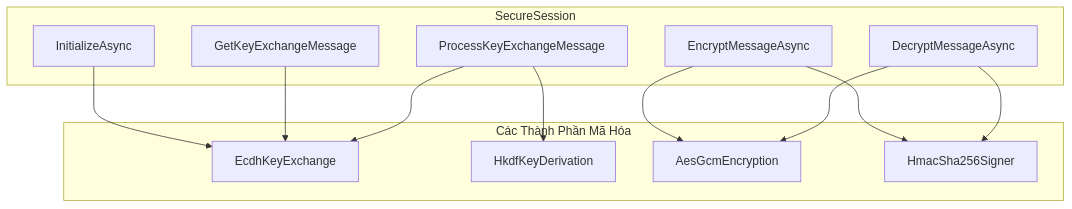
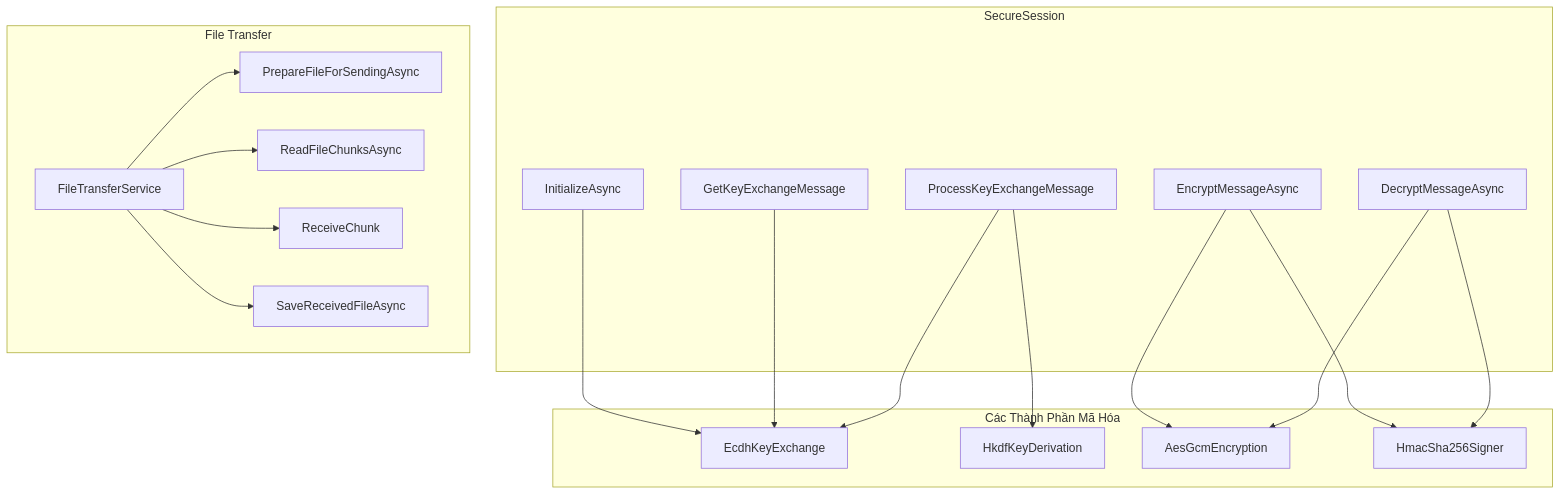
The fifth of 9 diagrams in docs/SECURITY_FLOW.md (QuocVinhTrinhLam/SecureChat-System), drawn with Mermaid before and after one commit. The commit also changed other lines of this file and 2 other files, not shown here.

````diff
--- a/docs/SECURITY_FLOW.md
+++ b/docs/SECURITY_FLOW.md
@@ -85,26 +224,39 @@
 ```mermaid
 flowchart TB
     subgraph SecureSession
         Init[InitializeAsync]
         KE[GetKeyExchangeMessage]
         PKE[ProcessKeyExchangeMessage]
         Enc[EncryptMessageAsync]
         Dec[DecryptMessageAsync]
     end
     
     subgraph Components[Các Thành Phần Mã Hóa]
         ECDH[EcdhKeyExchange]
         HKDF[HkdfKeyDerivation]
         AES[AesGcmEncryption]
         HMAC[HmacSha256Signer]
     end
     
+    subgraph FileTransfer[File Transfer]
+        FTS[FileTransferService]
+        Prepare[PrepareFileForSendingAsync]
+        Read[ReadFileChunksAsync]
+        Receive[ReceiveChunk]
+        Save[SaveReceivedFileAsync]
+    end
+    
     Init --> ECDH
     KE --> ECDH
     PKE --> ECDH
     PKE --> HKDF
     Enc --> AES
     Enc --> HMAC
     Dec --> HMAC
     Dec --> AES
+    
+    FTS --> Prepare
+    FTS --> Read
+    FTS --> Receive
+    FTS --> Save
 ```
````
